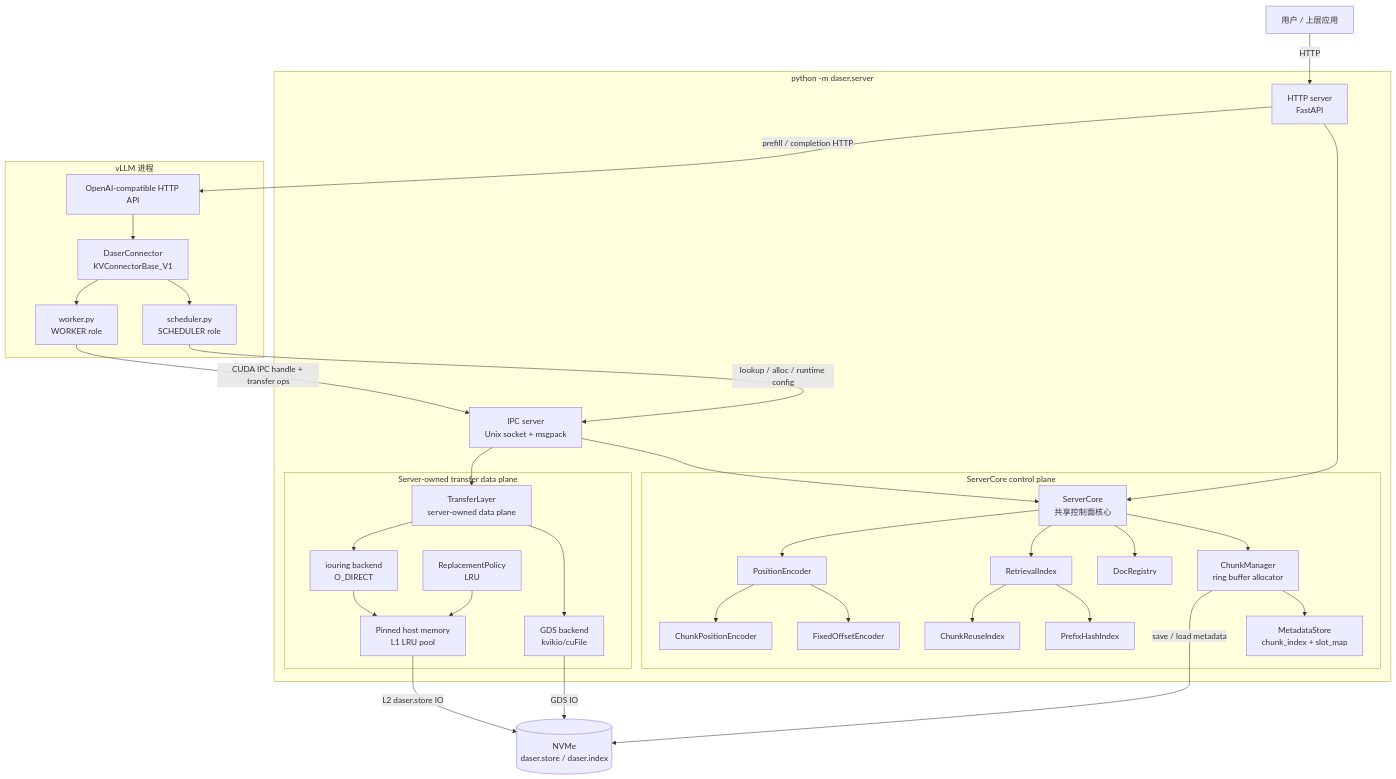
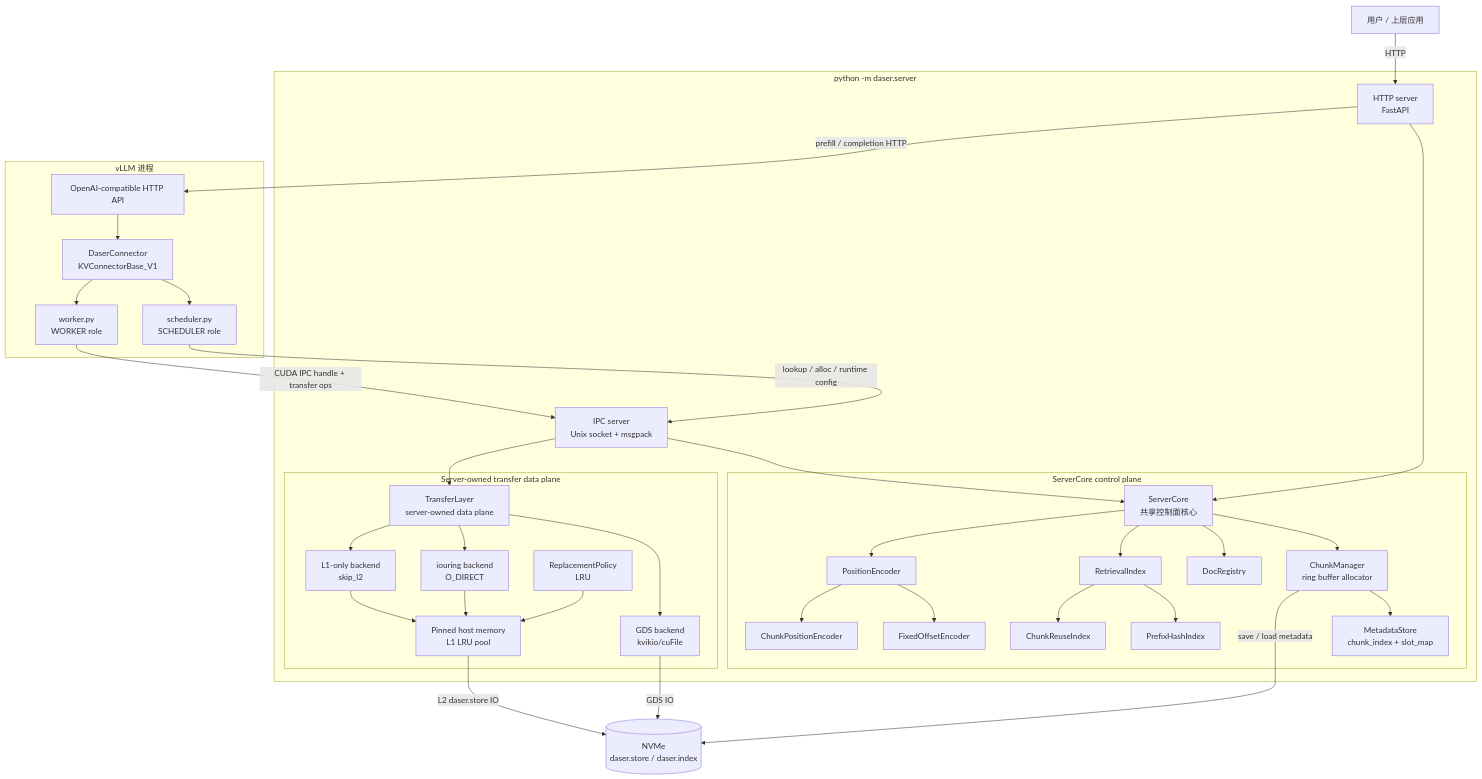
One commit to GentleCold/DaseR changed the first of 2 diagrams in docs/design/architecture.md. Above: the diagram before and after it, drawn with Mermaid. The commit also changed other lines of this file and 21 other files, not shown here.

````diff
--- a/docs/design/architecture.md
+++ b/docs/design/architecture.md
@@ -11,69 +11,72 @@
 ```mermaid
 graph TB
     User["用户 / 上层应用"]
 
     subgraph server["python -m daser.server"]
         HTTP["HTTP server<br/>FastAPI"]
         IPC["IPC server<br/>Unix socket + msgpack"]
         subgraph core_owner["ServerCore control plane"]
             CORE["ServerCore<br/>共享控制面核心"]
             CM["ChunkManager<br/>ring buffer allocator"]
             MS["MetadataStore<br/>chunk_index + slot_map"]
             DR["DocRegistry"]
             RI["RetrievalIndex"]
             PRI["PrefixHashIndex"]
             CRI["ChunkReuseIndex"]
             PE["PositionEncoder"]
             FPE["FixedOffsetEncoder"]
             CPE["ChunkPositionEncoder"]
 
             CORE --> CM
             CORE --> DR
             CORE --> RI
             CORE --> PE
             CM --> MS
             RI --> PRI
             RI --> CRI
             PE --> FPE
             PE --> CPE
         end
 
         subgraph transfer_owner["Server-owned transfer data plane"]
             TL["TransferLayer<br/>server-owned data plane"]
             GDS["GDS backend<br/>kvikio/cuFile"]
             IOR["iouring backend<br/>O_DIRECT"]
+            MEM["L1-only backend<br/>skip_l2"]
             L1["Pinned host memory<br/>L1 LRU pool"]
             RP["ReplacementPolicy<br/>LRU"]
 
             TL --> GDS
             TL --> IOR
+            TL --> MEM
             IOR --> L1
+            MEM --> L1
             RP --> L1
         end
 
         HTTP --> CORE
         IPC --> CORE
         IPC --> TL
     end
 
     subgraph vllm["vLLM 进程"]
         VAPI["OpenAI-compatible HTTP API"]
         DC["DaserConnector<br/>KVConnectorBase_V1"]
         SCHED["scheduler.py<br/>SCHEDULER role"]
         WORKER["worker.py<br/>WORKER role"]
 
         VAPI --> DC
         DC --> SCHED
         DC --> WORKER
     end
 
     NVMe[("NVMe<br/>daser.store / daser.index")]
 
     User -- "HTTP" --> HTTP
     HTTP -- "prefill / completion HTTP" --> VAPI
     SCHED -- "lookup / alloc / runtime config" --> IPC
     WORKER -- "CUDA IPC handle + transfer ops" --> IPC
     GDS -- "GDS IO" --> NVMe
     L1 -- "L2 daser.store IO" --> NVMe
     CM -- "save / load metadata" --> NVMe
 ```
````
